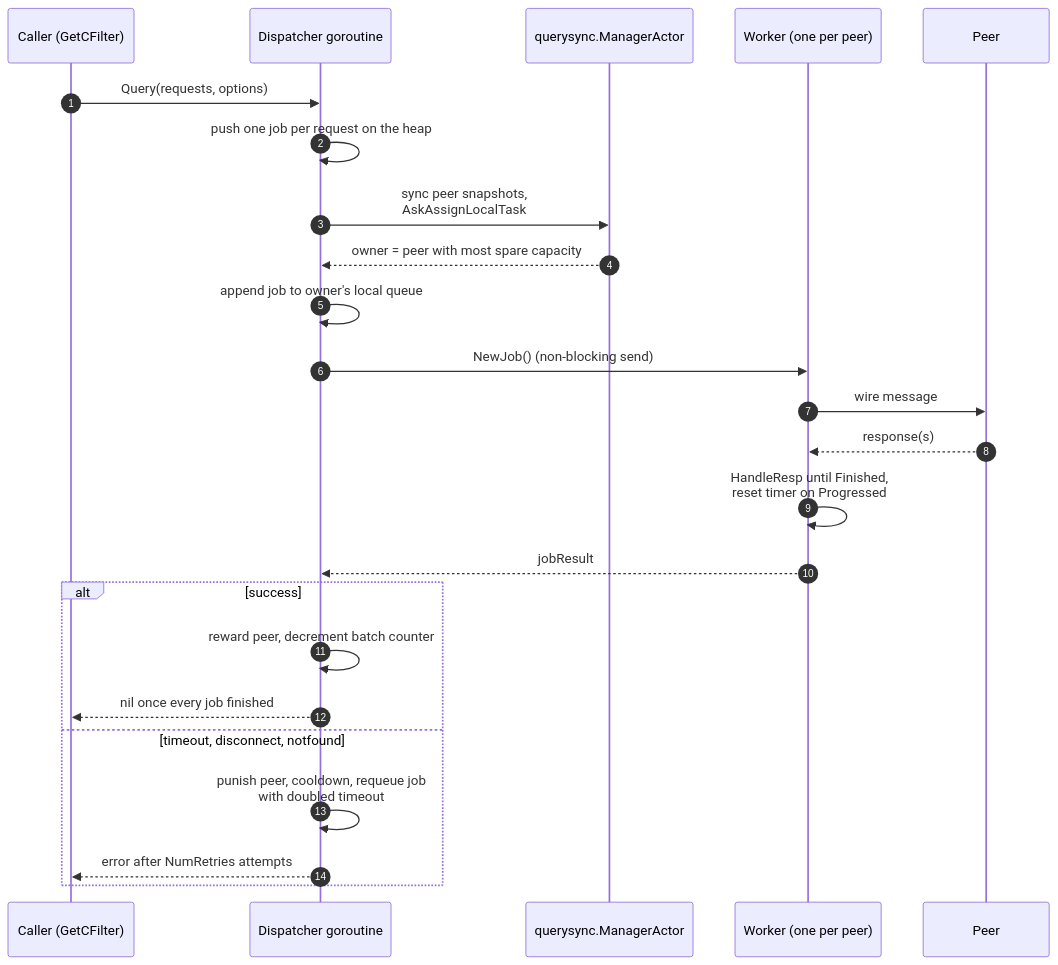
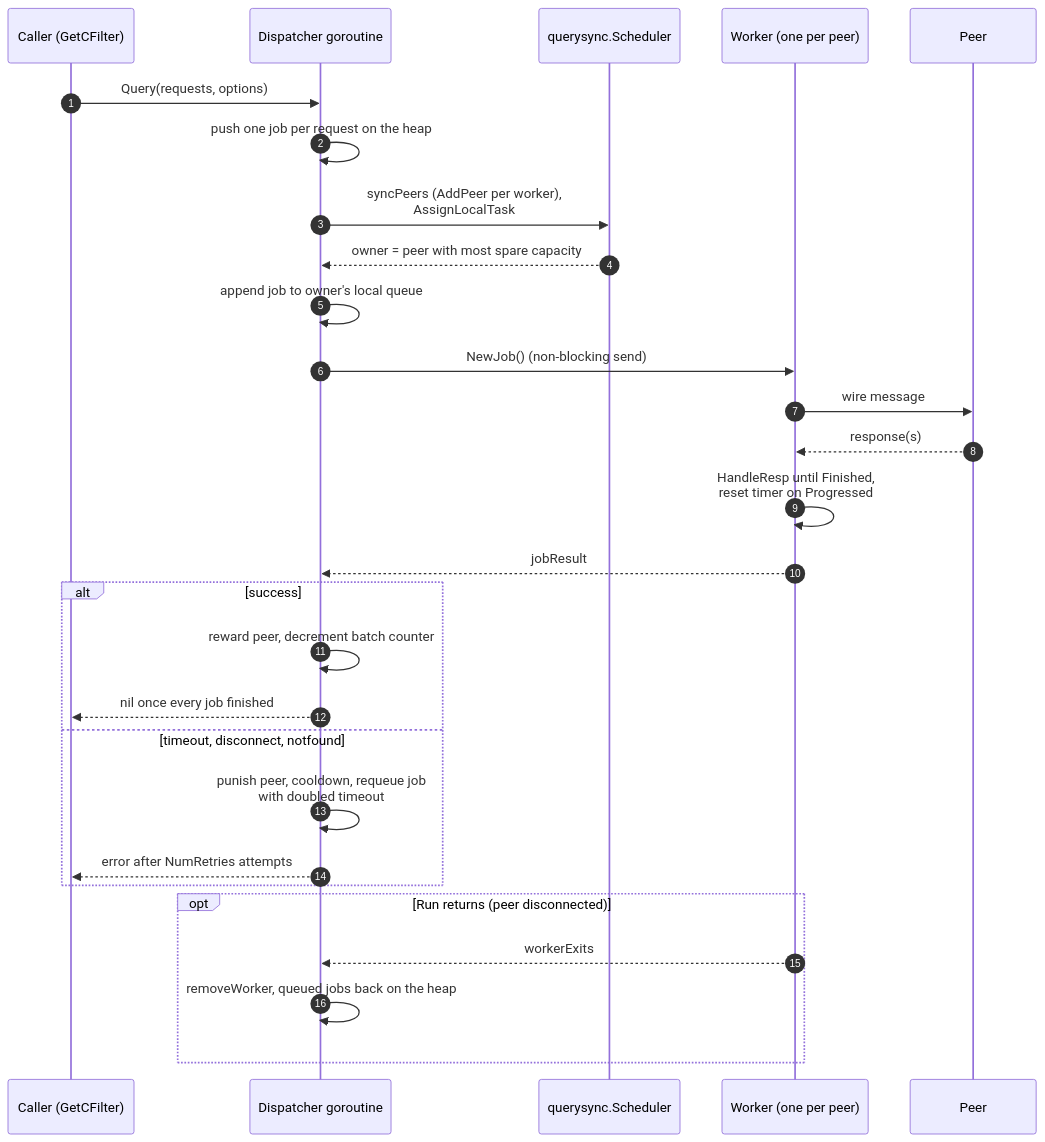
One commit to lightninglabs/neutrino changed the sixth of 9 diagrams in docs/sync-architecture.md. Above: the diagram before and after it, drawn with Mermaid. The commit also changed other lines of this file, not shown here.

First line of the commit message:
docs: update sync architecture for the work manager dispatcher

````diff
--- a/docs/sync-architecture.md
+++ b/docs/sync-architecture.md
@@ -317,27 +319,31 @@
 ```mermaid
 sequenceDiagram
     autonumber
     participant C as Caller (GetCFilter)
     participant D as Dispatcher goroutine
-    participant M as querysync.ManagerActor
+    participant M as querysync.Scheduler
     participant W as Worker (one per peer)
     participant P as Peer
 
     C->>D: Query(requests, options)
     D->>D: push one job per request on the heap
-    D->>M: sync peer snapshots,<br/>AskAssignLocalTask
+    D->>M: syncPeers (AddPeer per worker),<br/>AssignLocalTask
     M-->>D: owner = peer with most spare capacity
     D->>D: append job to owner's local queue
     D->>W: NewJob() (non-blocking send)
     W->>P: wire message
     P-->>W: response(s)
     W->>W: HandleResp until Finished,<br/>reset timer on Progressed
     W-->>D: jobResult
     alt success
         D->>D: reward peer, decrement batch counter
         D-->>C: nil once every job finished
     else timeout, disconnect, notfound
         D->>D: punish peer, cooldown, requeue job<br/>with doubled timeout
         D-->>C: error after NumRetries attempts
     end
+    opt Run returns (peer disconnected)
+        W-->>D: workerExits
+        D->>D: removeWorker, queued jobs back on the heap
+    end
 ```
````
